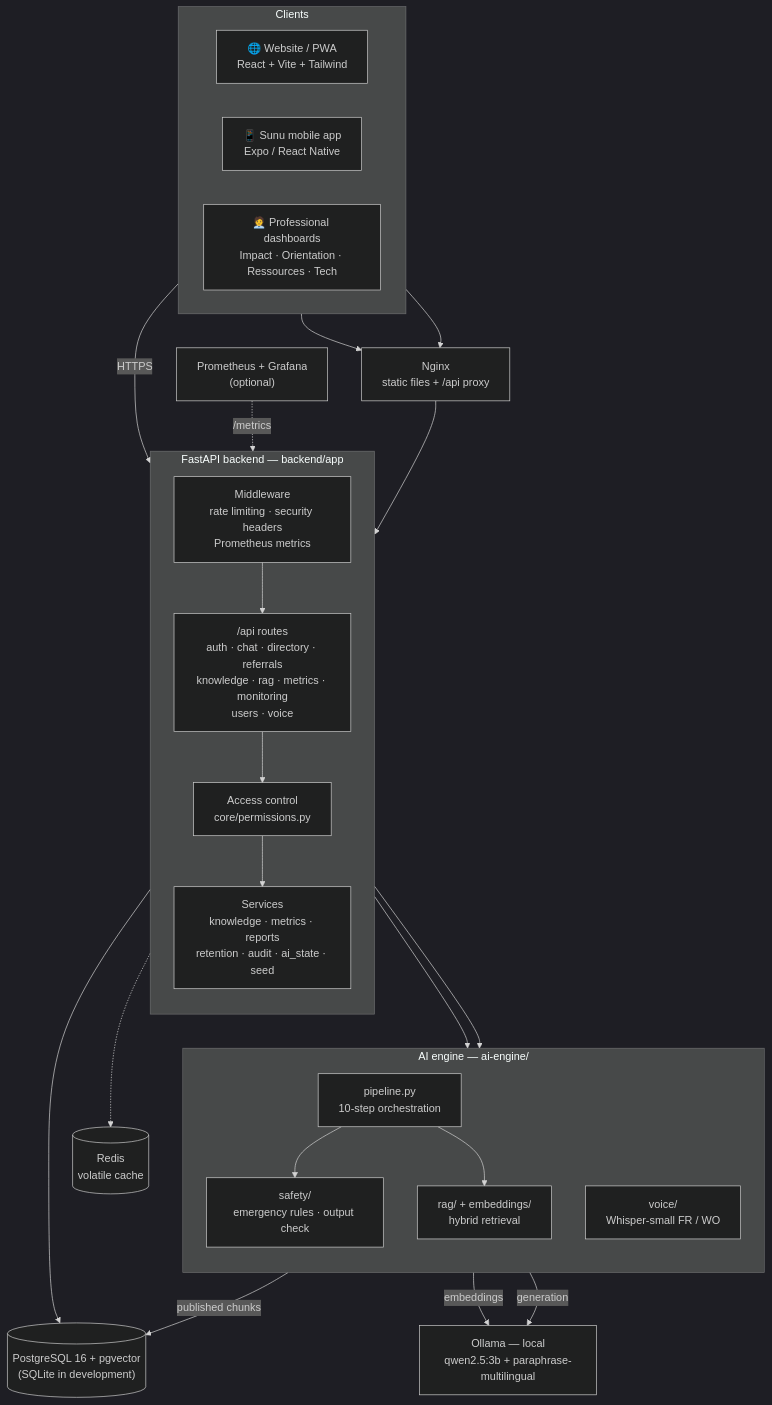
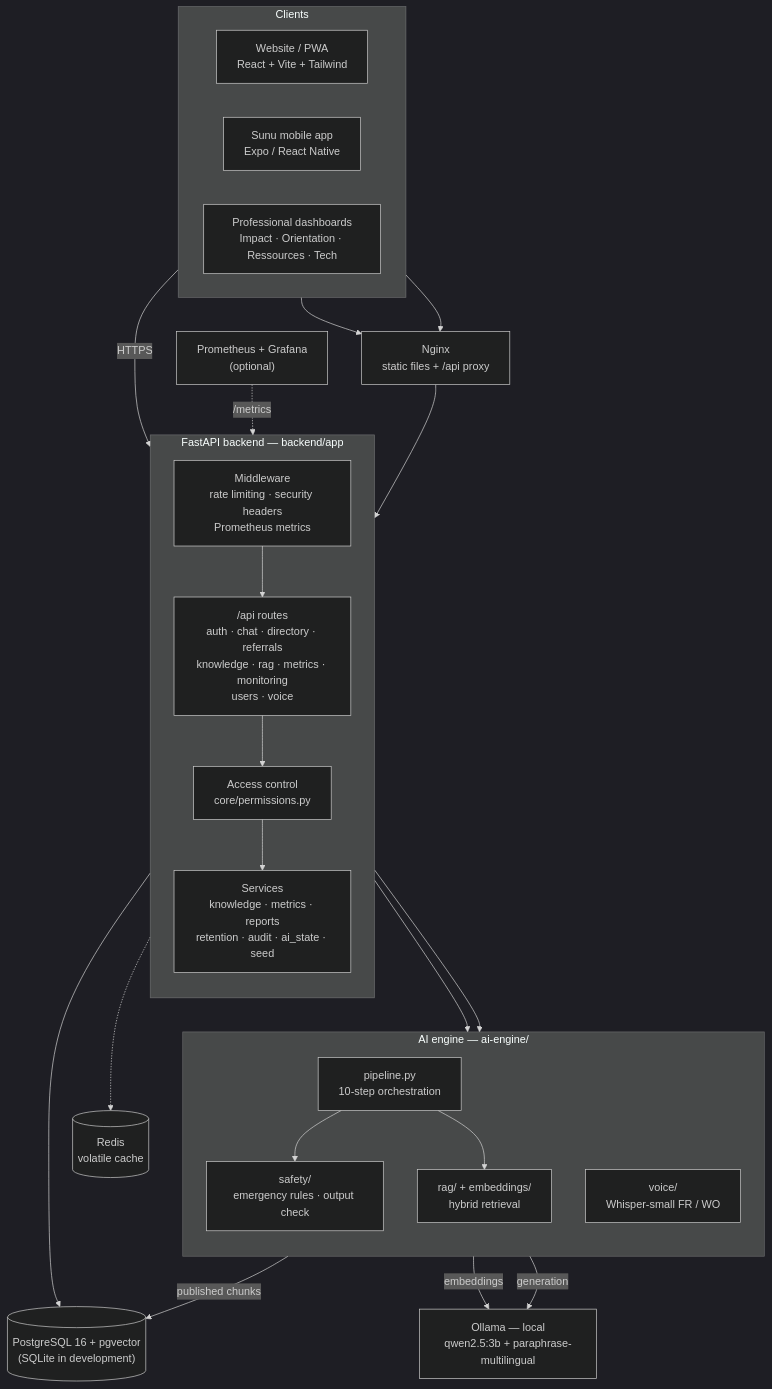
One commit to Dioumadev221/SUNUSAFEGUARD changed the first of 17 diagrams in README.md. Above: the diagram before and after it, drawn with Mermaid (dark theme). The commit also changed other lines of this file and 1 other file, not shown here.

````diff
--- a/README.md
+++ b/README.md
@@ -100,48 +100,48 @@
 ```mermaid
 flowchart TB
     subgraph CLIENTS["Clients"]
         direction LR
-        WEB["🌐 Website / PWA<br/>React + Vite + Tailwind"]
-        MOB["📱 Sunu mobile app<br/>Expo / React Native"]
-        PRO["🧑‍💼 Professional dashboards<br/>Impact · Orientation · Ressources · Tech"]
+        WEB["Website / PWA<br/>React + Vite + Tailwind"]
+        MOB["Sunu mobile app<br/>Expo / React Native"]
+        PRO["Professional dashboards<br/>Impact · Orientation · Ressources · Tech"]
     end
 
     NGINX["Nginx<br/>static files + /api proxy"]
 
     subgraph API["FastAPI backend — backend/app"]
         direction TB
         ROUTES["/api routes<br/>auth · chat · directory · referrals<br/>knowledge · rag · metrics · monitoring<br/>users · voice"]
         MW["Middleware<br/>rate limiting · security headers<br/>Prometheus metrics"]
         RBAC["Access control<br/>core/permissions.py"]
         SVC["Services<br/>knowledge · metrics · reports<br/>retention · audit · ai_state · seed"]
     end
 
     subgraph AI["AI engine — ai-engine/"]
         direction TB
         PIPE["pipeline.py<br/>10-step orchestration"]
         SAFE["safety/<br/>emergency rules · output check"]
         RAG["rag/ + embeddings/<br/>hybrid retrieval"]
         VOICE["voice/<br/>Whisper-small FR / WO"]
     end
 
     DB[("PostgreSQL 16 + pgvector<br/>(SQLite in development)")]
     OLLAMA["Ollama — local<br/>qwen2.5:3b + paraphrase-multilingual"]
     REDIS[("Redis<br/>volatile cache")]
     PROM["Prometheus + Grafana<br/>(optional)"]
 
     WEB --> NGINX
     PRO --> NGINX
     MOB -->|HTTPS| API
     NGINX --> API
     MW --> ROUTES --> RBAC --> SVC
     ROUTES --> PIPE
     ROUTES --> VOICE
     PIPE --> SAFE
     PIPE --> RAG
     PIPE -->|generation| OLLAMA
     RAG -->|embeddings| OLLAMA
     SVC --> DB
     RAG -->|published chunks| DB
     API -.-> REDIS
     PROM -.->|/metrics| API
 ```
````
